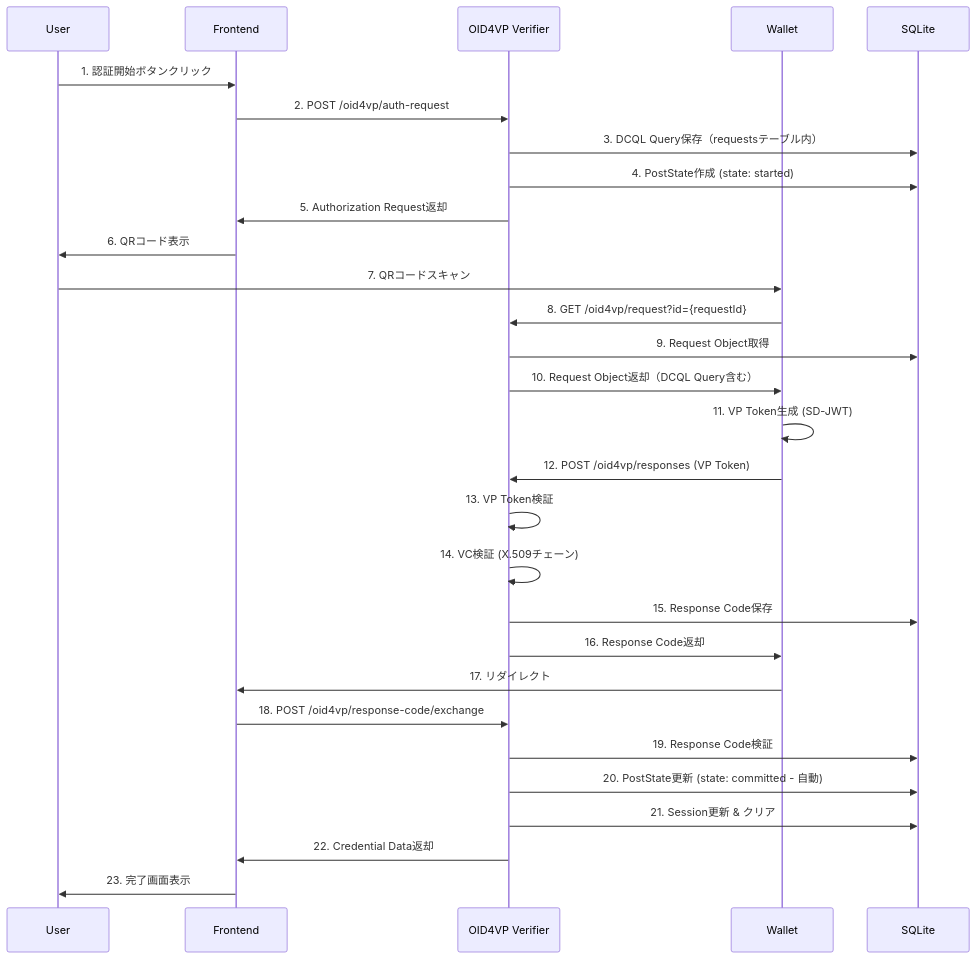
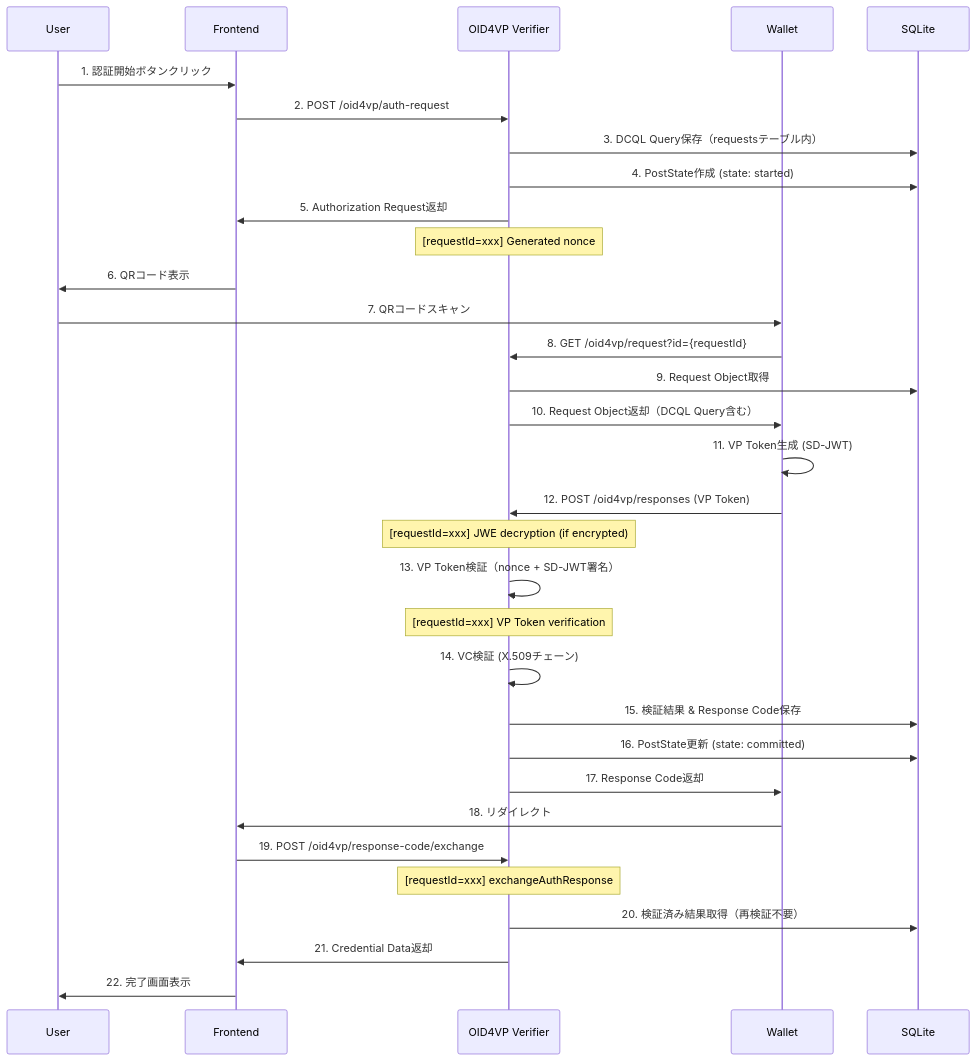
One commit to OWND-Project/OWND-Project-VP changed the first of 2 diagrams in docs/oid4vp-reference.md. Above: the diagram before and after it, drawn with Mermaid. The commit also changed other lines of this file and 15 other files, not shown here.

First line of the commit message:
feat: add verification metadata to VP Token verification results

````diff
--- a/docs/oid4vp-reference.md
+++ b/docs/oid4vp-reference.md
@@ -151,36 +151,40 @@
 ```mermaid
 sequenceDiagram
     participant U as User
     participant F as Frontend
     participant V as OID4VP Verifier
     participant W as Wallet
     participant DB as SQLite
 
     U->>F: 1. 認証開始ボタンクリック
     F->>V: 2. POST /oid4vp/auth-request
     V->>DB: 3. DCQL Query保存（requestsテーブル内）
     V->>DB: 4. PostState作成 (state: started)
     V->>F: 5. Authorization Request返却
+    Note over V: [requestId=xxx] Generated nonce
+
     F->>U: 6. QRコード表示
 
     U->>W: 7. QRコードスキャン
     W->>V: 8. GET /oid4vp/request?id={requestId}
     V->>DB: 9. Request Object取得
     V->>W: 10. Request Object返却（DCQL Query含む）
 
     W->>W: 11. VP Token生成 (SD-JWT)
     W->>V: 12. POST /oid4vp/responses (VP Token)
-    V->>V: 13. VP Token検証
+    Note over V: [requestId=xxx] JWE decryption (if encrypted)
+    V->>V: 13. VP Token検証（nonce + SD-JWT署名）
+    Note over V: [requestId=xxx] VP Token verification
     V->>V: 14. VC検証 (X.509チェーン)
-    V->>DB: 15. Response Code保存
-    V->>W: 16. Response Code返却
+    V->>DB: 15. 検証結果 & Response Code保存
+    V->>DB: 16. PostState更新 (state: committed)
+    V->>W: 17. Response Code返却
 
-    W->>F: 17. リダイレクト
-    F->>V: 18. POST /oid4vp/response-code/exchange
-    V->>DB: 19. Response Code検証
-    V->>DB: 20. PostState更新 (state: committed - 自動)
-    V->>DB: 21. Session更新 & クリア
-    V->>F: 22. Credential Data返却
+    W->>F: 18. リダイレクト
+    F->>V: 19. POST /oid4vp/response-code/exchange
+    Note over V: [requestId=xxx] exchangeAuthResponse
+    V->>DB: 20. 検証済み結果取得（再検証不要）
+    V->>F: 21. Credential Data返却
 
-    F->>U: 23. 完了画面表示
+    F->>U: 22. 完了画面表示
 ```
````
